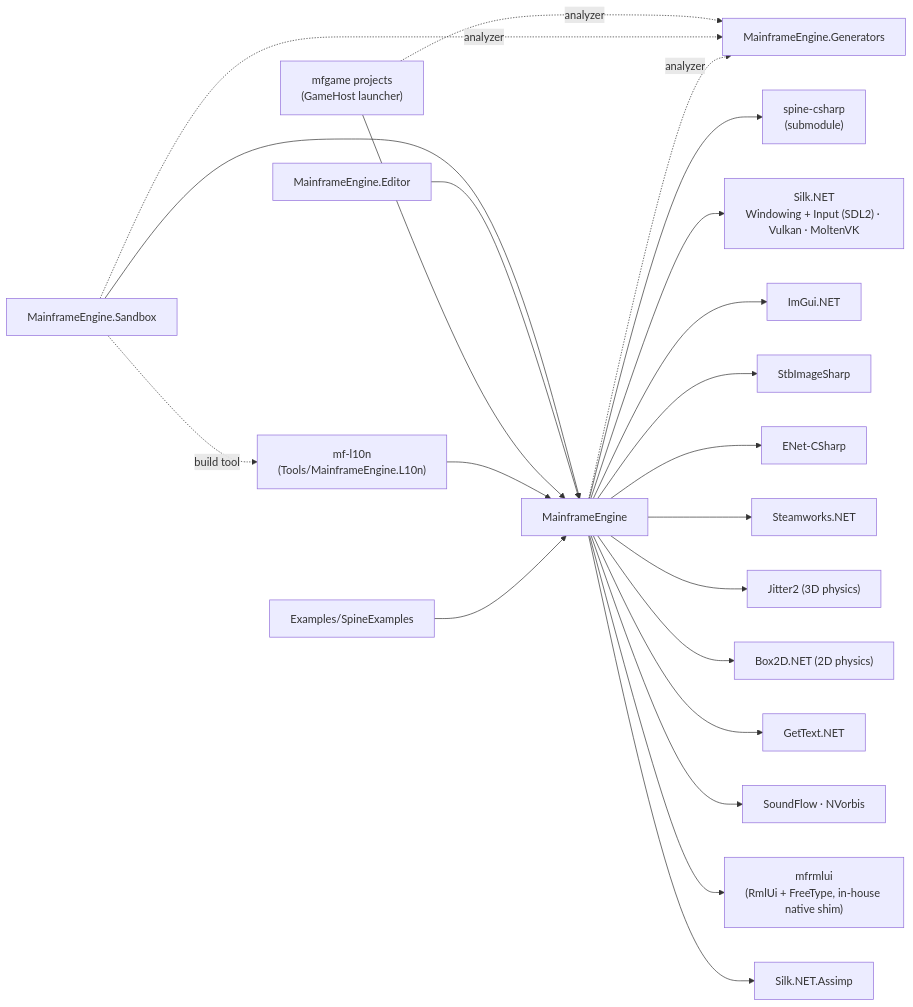
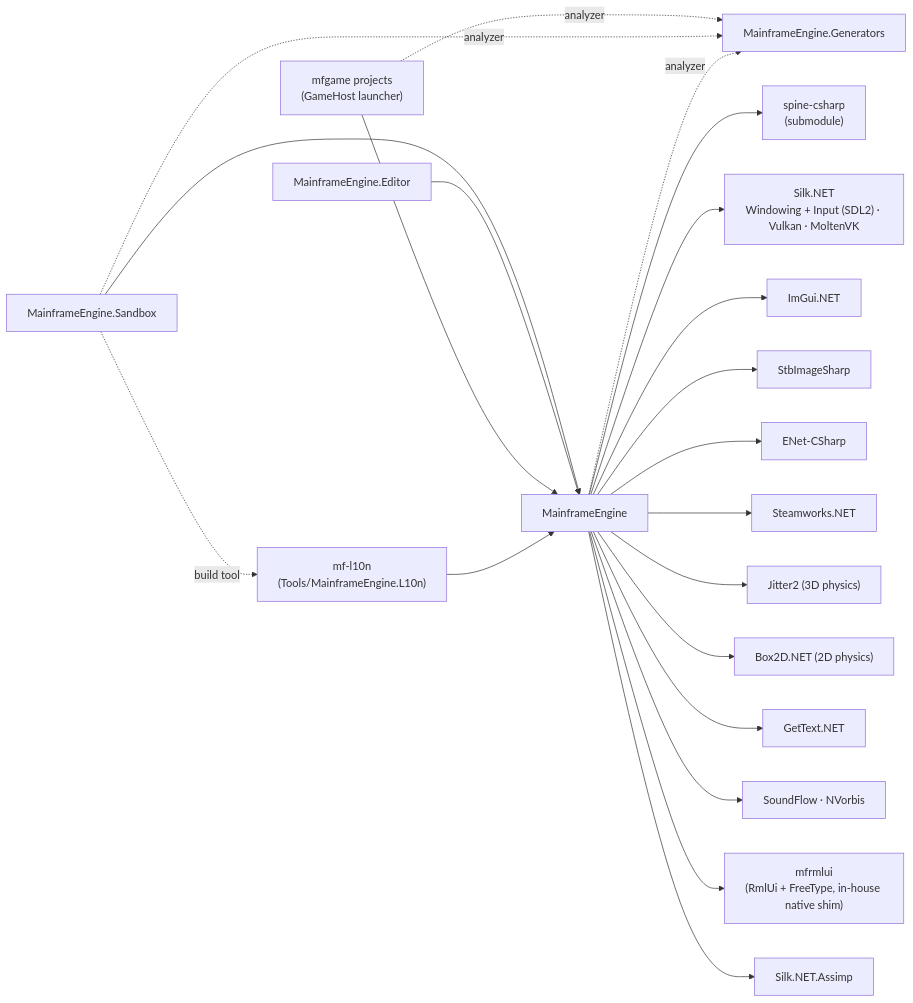
The diagram in docs/design/architecture-overview.md (Mainframe-Games/mainframe-engine), drawn with Mermaid before and after one commit. The commit also changed other lines of this file and 112 other files, not shown here.

````diff
--- a/docs/design/architecture-overview.md
+++ b/docs/design/architecture-overview.md
@@ -63,24 +61,23 @@
 ```mermaid
 flowchart LR
     Sandbox["MainframeEngine.Sandbox"] --> Engine["MainframeEngine"]
     Editor["MainframeEngine.Editor"] --> Engine
     Game["mfgame projects<br/>(GameHost launcher)"] --> Engine
     Game -. analyzer .-> Gen
     Sandbox -. analyzer .-> Gen["MainframeEngine.Generators"]
     Sandbox -. build tool .-> L10n["mf-l10n<br/>(Tools/MainframeEngine.L10n)"]
     L10n --> Engine
     Engine -. analyzer .-> Gen
-    SpineEx["Examples/SpineExamples"] --> Engine
     Engine --> SpineRT["spine-csharp<br/>(submodule)"]
     Engine --> Silk["Silk.NET<br/>Windowing + Input (SDL2) · Vulkan · MoltenVK"]
     Engine --> ImGui["ImGui.NET"]
     Engine --> Stb["StbImageSharp"]
     Engine --> ENet["ENet-CSharp"]
     Engine --> Steam["Steamworks.NET"]
     Engine --> Jitter["Jitter2 (3D physics)"]
     Engine --> Box2D["Box2D.NET (2D physics)"]
     Engine --> GetText["GetText.NET"]
     Engine --> Audio["SoundFlow · NVorbis"]
     Engine --> Rml["mfrmlui<br/>(RmlUi + FreeType, in-house native shim)"]
     Engine --> Assimp["Silk.NET.Assimp"]
 ```
````
